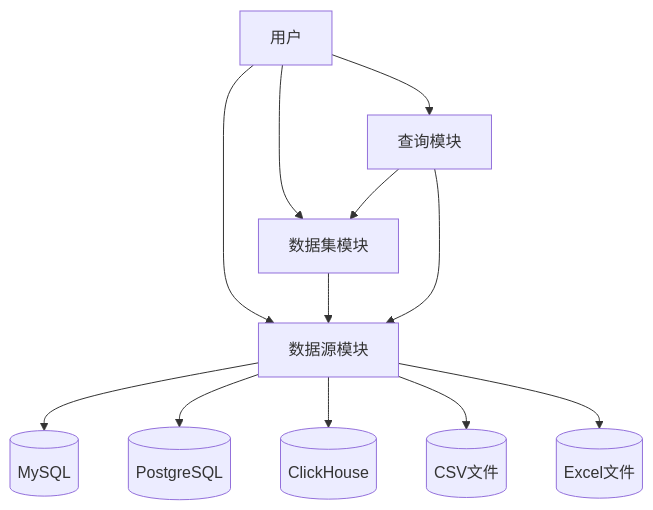
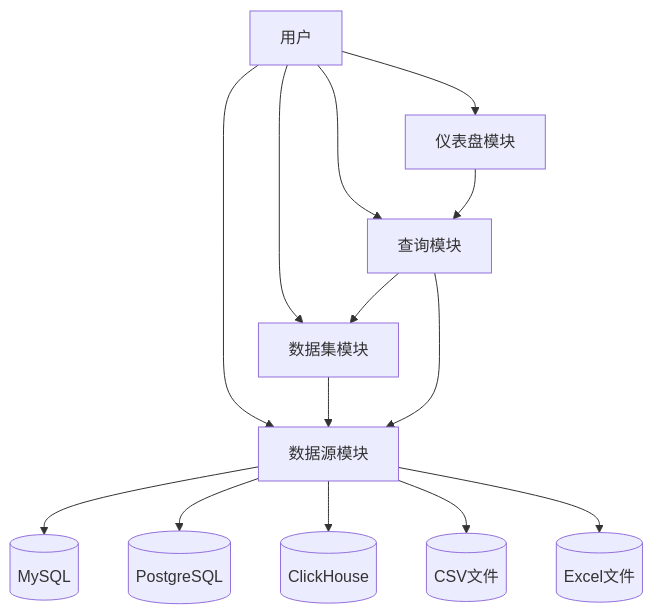
The diagram in apps/server/docs/server-api-overview.md (Syedar-root/seedar), drawn with Mermaid before and after one commit. The commit also changed other lines of this file and 17 other files, not shown here.

````diff
--- a/apps/server/docs/server-api-overview.md
+++ b/apps/server/docs/server-api-overview.md
@@ -81,16 +123,18 @@
 ```mermaid
 flowchart TD
     User[用户] --> Datasource[数据源模块]
     User --> Dataset[数据集模块]
     User --> Query[查询模块]
+    User --> Dashboard[仪表盘模块]
     
     Dataset --> Datasource
     Query --> Dataset
     Query --> Datasource
+    Dashboard --> Query
     
     Datasource --> DB1[(MySQL)]
     Datasource --> DB2[(PostgreSQL)]
     Datasource --> DB3[(ClickHouse)]
     Datasource --> CSV[(CSV文件)]
     Datasource --> Excel[(Excel文件)]
 ```
````
